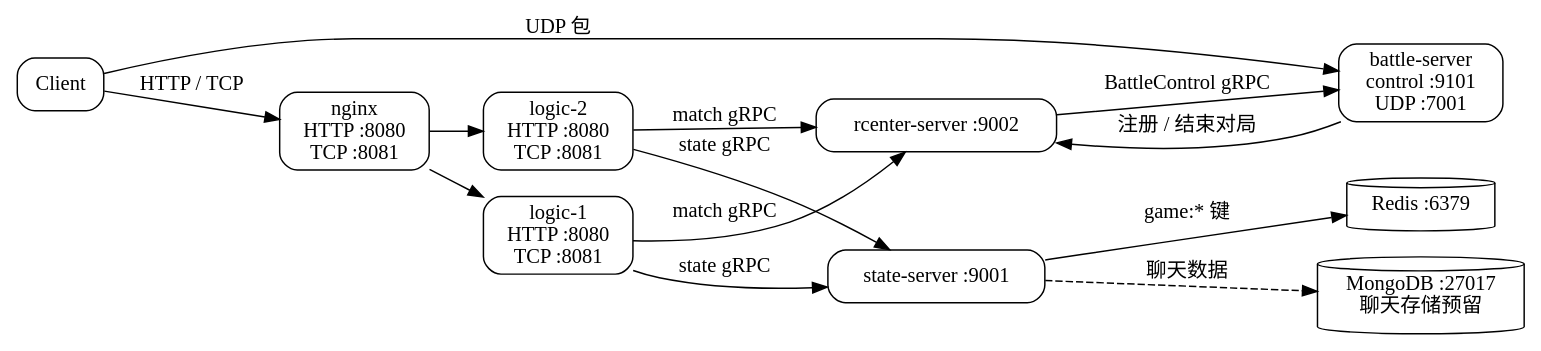
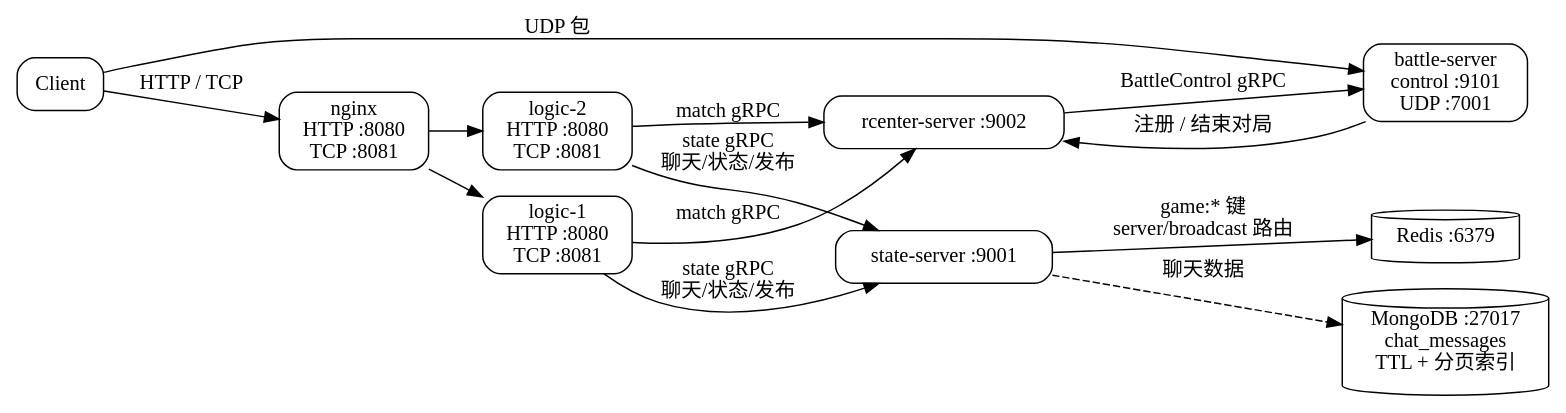
One commit to zzzhr666/server changed the diagram in docs/diagrams/runtime-topology.dot. Above: the diagram before and after it, drawn with Graphviz. The commit also changed 7 other files, not shown here.

Commit message:
[docs] update architecture and chat documentation

```diff
--- a/docs/diagrams/runtime-topology.dot
+++ b/docs/diagrams/runtime-topology.dot
@@ -1,25 +1,25 @@
 digraph runtime_topology {
     rankdir=LR;
     node [shape=box, style=rounded];
     client [label="Client"];
     nginx [label="nginx\nHTTP :8080\nTCP :8081"];
     logic1 [label="logic-1\nHTTP :8080\nTCP :8081"];
     logic2 [label="logic-2\nHTTP :8080\nTCP :8081"];
     state [label="state-server :9001"];
     redis [label="Redis :6379", shape=cylinder];
-    mongo [label="MongoDB :27017\n聊天存储预留", shape=cylinder];
+    mongo [label="MongoDB :27017\nchat_messages\nTTL + 分页索引", shape=cylinder];
     rcenter [label="rcenter-server :9002"];
     battle [label="battle-server\ncontrol :9101\nUDP :7001"];
     client -> nginx [label="HTTP / TCP"];
     nginx -> logic1;
     nginx -> logic2;
-    logic1 -> state [label="state gRPC"];
-    logic2 -> state [label="state gRPC"];
-    state -> redis [label="game:* 键"];
+    logic1 -> state [label="state gRPC\n聊天/状态/发布"];
+    logic2 -> state [label="state gRPC\n聊天/状态/发布"];
+    state -> redis [label="game:* 键\nserver/broadcast 路由"];
     state -> mongo [label="聊天数据", style=dashed];
     logic1 -> rcenter [label="match gRPC"];
     logic2 -> rcenter [label="match gRPC"];
     battle -> rcenter [label="注册 / 结束对局"];
     rcenter -> battle [label="BattleControl gRPC"];
     client -> battle [label="UDP 包"];
 }
```
